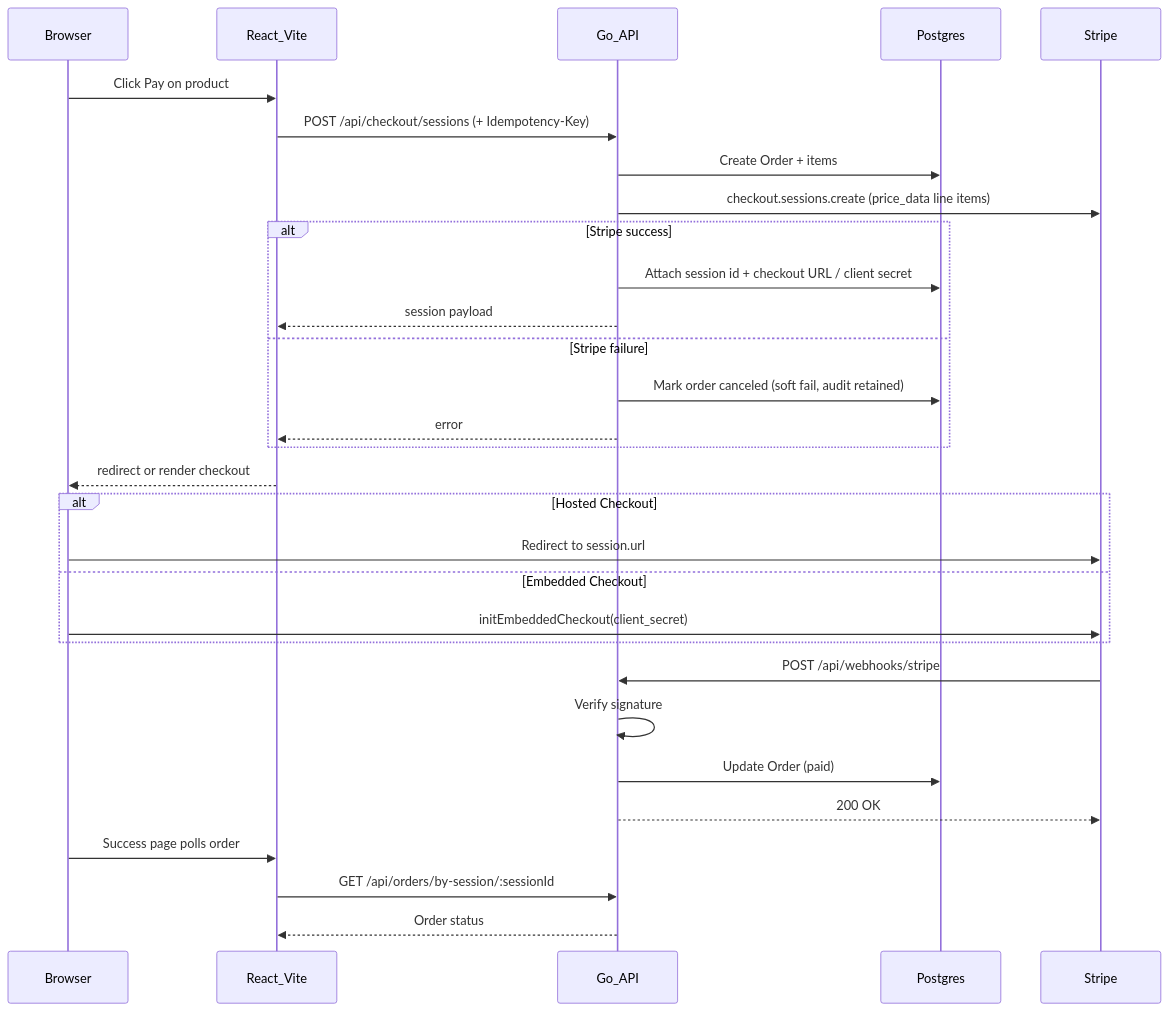
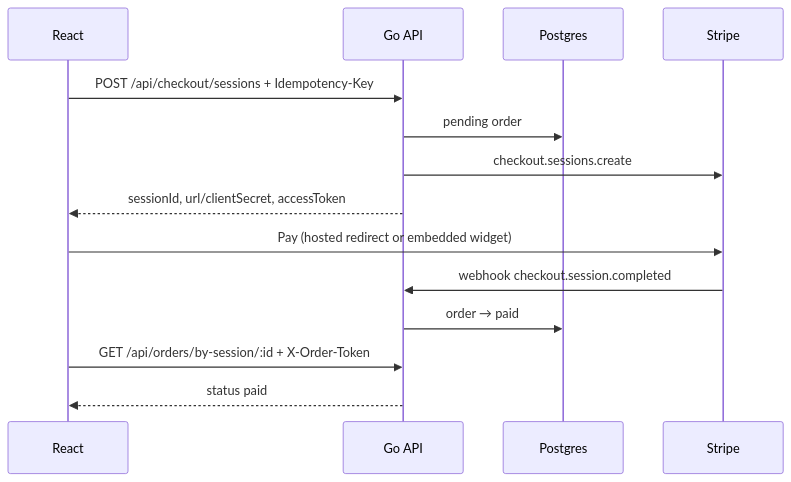
One commit to LiamYaoLian/stripe-payment-integration-prototype changed the diagram in PLAN.md. Above: the diagram before and after it, drawn with Mermaid. The commit also changed other lines of this file, not shown here.

````diff
--- a/PLAN.md
+++ b/PLAN.md
@@ -21,36 +23,19 @@
 ```mermaid
 sequenceDiagram
-    participant Browser
-    participant FE as React_Vite
-    participant API as Go_API
+    participant FE as React
+    participant API as Go API
     participant DB as Postgres
     participant Stripe
 
-    Browser->>FE: Click Pay on product
-    FE->>API: POST /api/checkout/sessions (+ Idempotency-Key)
-    API->>DB: Create Order + items
-    API->>Stripe: checkout.sessions.create (price_data line items)
-    alt Stripe success
-        API->>DB: Attach session id + checkout URL / client secret
-        API-->>FE: session payload
-    else Stripe failure
-        API->>DB: Mark order canceled (soft fail, audit retained)
-        API-->>FE: error
-    end
-    FE-->>Browser: redirect or render checkout
+    FE->>API: POST /api/checkout/sessions + Idempotency-Key
+    API->>DB: pending order
+    API->>Stripe: checkout.sessions.create
+    API-->>FE: sessionId, url/clientSecret, accessToken
 
-    alt Hosted Checkout
-        Browser->>Stripe: Redirect to session.url
-    else Embedded Checkout
-        Browser->>Stripe: initEmbeddedCheckout(client_secret)
-    end
+    FE->>Stripe: Pay (hosted redirect or embedded widget)
+    Stripe->>API: webhook checkout.session.completed
+    API->>DB: order → paid
 
-    Stripe->>API: POST /api/webhooks/stripe
-    API->>API: Verify signature
-    API->>DB: Update Order (paid)
-    API-->>Stripe: 200 OK
-
-    Browser->>FE: Success page polls order
-    FE->>API: GET /api/orders/by-session/:sessionId
-    API-->>FE: Order status
+    FE->>API: GET /api/orders/by-session/:id + X-Order-Token
+    API-->>FE: status paid
 ```
````
